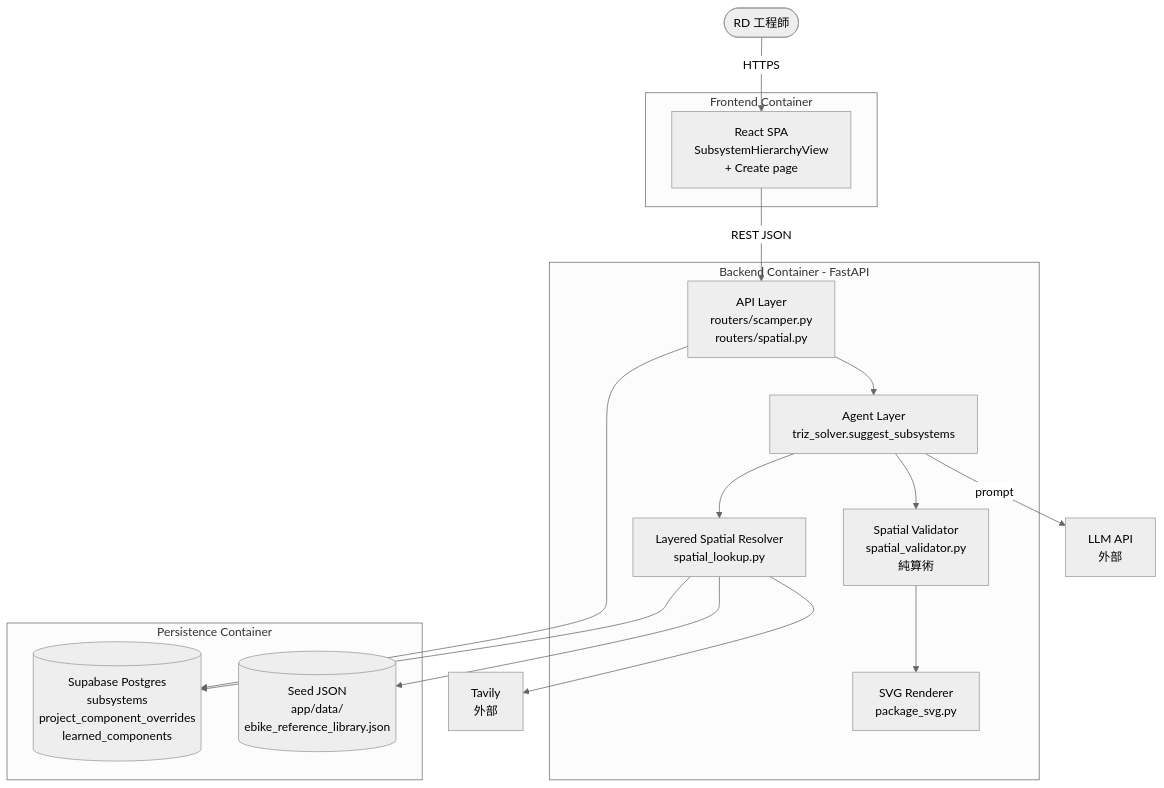
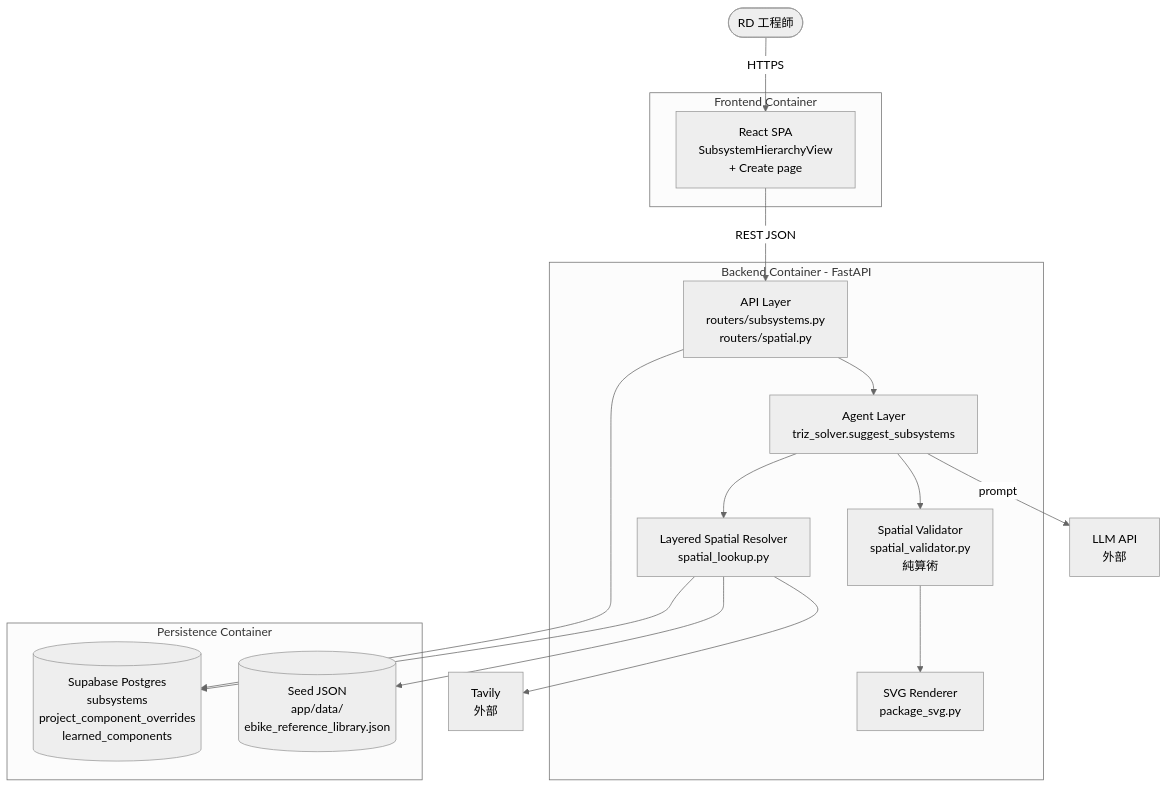
One commit to Zenobia0000/RD_copilot_system changed the third of 26 diagrams in docs/01-define/diagrams/appendix-a--forward-subsystem-discovery.md. Above: the diagram before and after it, drawn with Mermaid. The commit also changed other lines of this file and 77 other files, not shown here.

````diff
--- a/docs/01-define/diagrams/appendix-a--forward-subsystem-discovery.md
+++ b/docs/01-define/diagrams/appendix-a--forward-subsystem-discovery.md
@@ -184,37 +184,37 @@
 ```mermaid
 %%{init: {'theme': 'neutral'}}%%
 graph TB
     RD([RD 工程師])
 
     subgraph Frontend[Frontend Container]
         FE[React SPA<br/>SubsystemHierarchyView<br/>+ Create page]
     end
 
     subgraph Backend[Backend Container - FastAPI]
-        API[API Layer<br/>routers/scamper.py<br/>routers/spatial.py]
+        API[API Layer<br/>routers/subsystems.py<br/>routers/spatial.py]
         AGENT[Agent Layer<br/>triz_solver.suggest_subsystems]
         RESOLVER[Layered Spatial Resolver<br/>spatial_lookup.py]
         VALIDATOR[Spatial Validator<br/>spatial_validator.py<br/>純算術]
         SVG[SVG Renderer<br/>package_svg.py]
     end
 
     subgraph Data[Persistence Container]
         DB[(Supabase Postgres<br/>subsystems<br/>project_component_overrides<br/>learned_components)]
         SEED[(Seed JSON<br/>app/data/<br/>ebike_reference_library.json)]
     end
 
     LLM[LLM API<br/>外部]
     TAV[Tavily<br/>外部]
 
     RD -->|HTTPS| FE
     FE -->|REST JSON| API
     API --> AGENT
     AGENT --> RESOLVER
     AGENT --> VALIDATOR
     AGENT -->|prompt| LLM
     RESOLVER --> DB
     RESOLVER --> SEED
     RESOLVER --> TAV
     VALIDATOR --> SVG
     API --> DB
 ```
````
